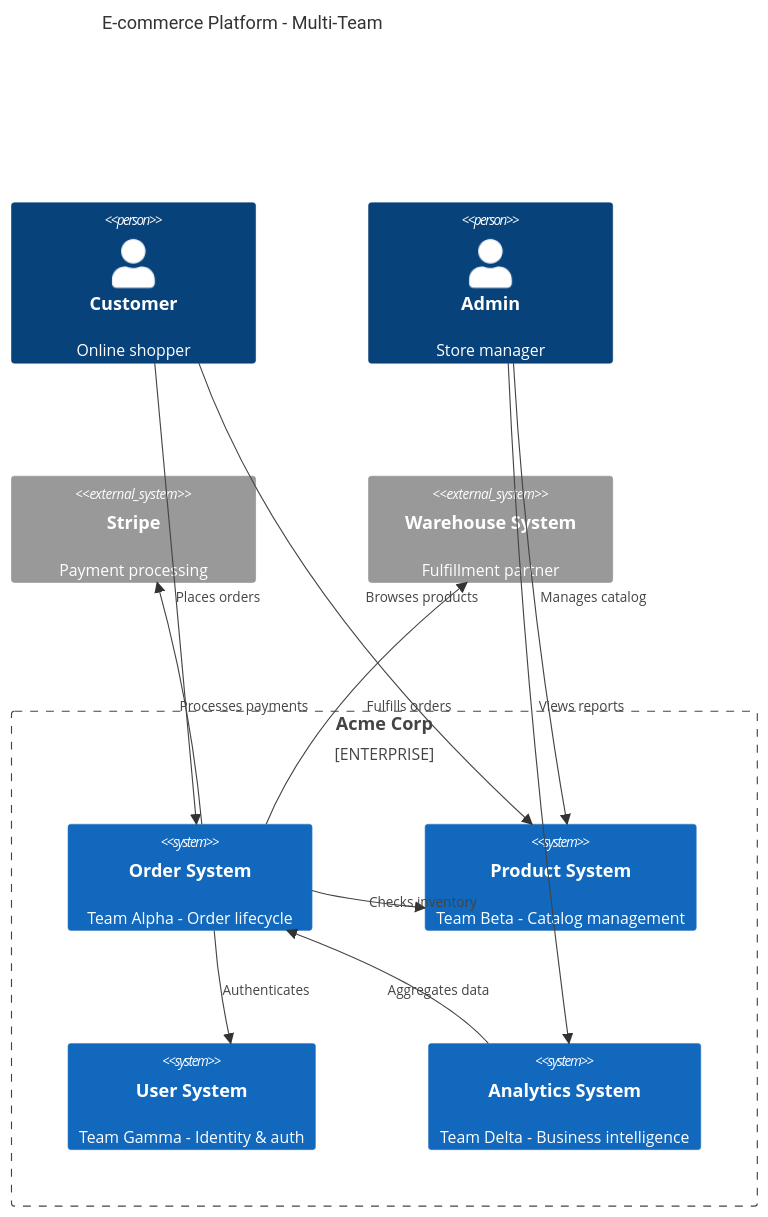
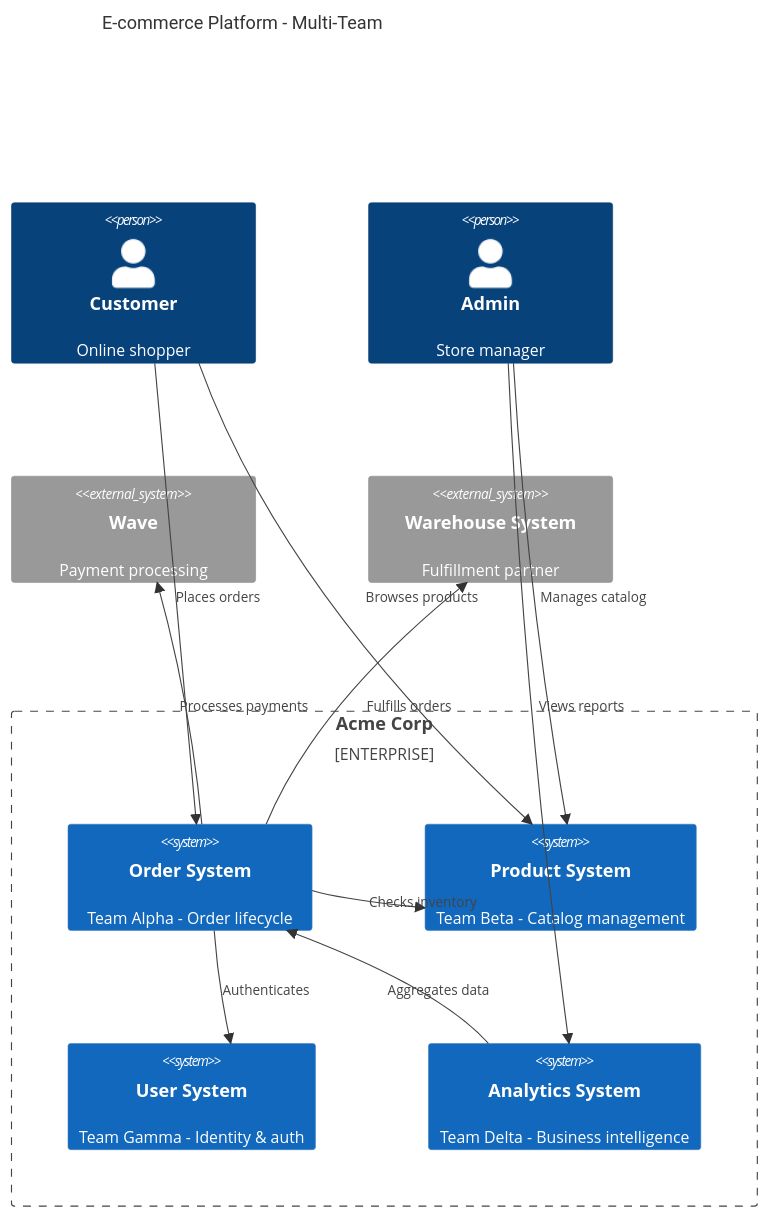
The second of 15 diagrams in .skills/skills Agents/skill-mermaidH/references/c4/advanced-patterns.md (krsidoine7-svg/Ofika-c), drawn with Mermaid before and after one commit. The commit also changed other lines of this file and 424 other files, not shown here.

````diff
--- a/.skills/skills Agents/skill-mermaidH/references/c4/advanced-patterns.md
+++ b/.skills/skills Agents/skill-mermaidH/references/c4/advanced-patterns.md
@@ -52,28 +52,28 @@
 ```mermaid
 C4Context
   title E-commerce Platform - Multi-Team
 
   Person(customer, "Customer", "Online shopper")
   Person(admin, "Admin", "Store manager")
 
   Enterprise_Boundary(company, "Acme Corp") {
     System(orderSystem, "Order System", "Team Alpha - Order lifecycle")
     System(productSystem, "Product System", "Team Beta - Catalog management")
     System(userSystem, "User System", "Team Gamma - Identity & auth")
     System(analyticsSystem, "Analytics System", "Team Delta - Business intelligence")
   }
 
-  System_Ext(payment, "Stripe", "Payment processing")
+  System_Ext(payment, "Wave", "Payment processing")
   System_Ext(warehouse, "Warehouse System", "Fulfillment partner")
 
   Rel(customer, orderSystem, "Places orders")
   Rel(customer, productSystem, "Browses products")
   Rel(admin, productSystem, "Manages catalog")
   Rel(admin, analyticsSystem, "Views reports")
 
   Rel(orderSystem, userSystem, "Authenticates")
   Rel(orderSystem, productSystem, "Checks inventory")
   Rel(orderSystem, payment, "Processes payments")
   Rel(orderSystem, warehouse, "Fulfills orders")
   Rel(analyticsSystem, orderSystem, "Aggregates data")
 ```
````
